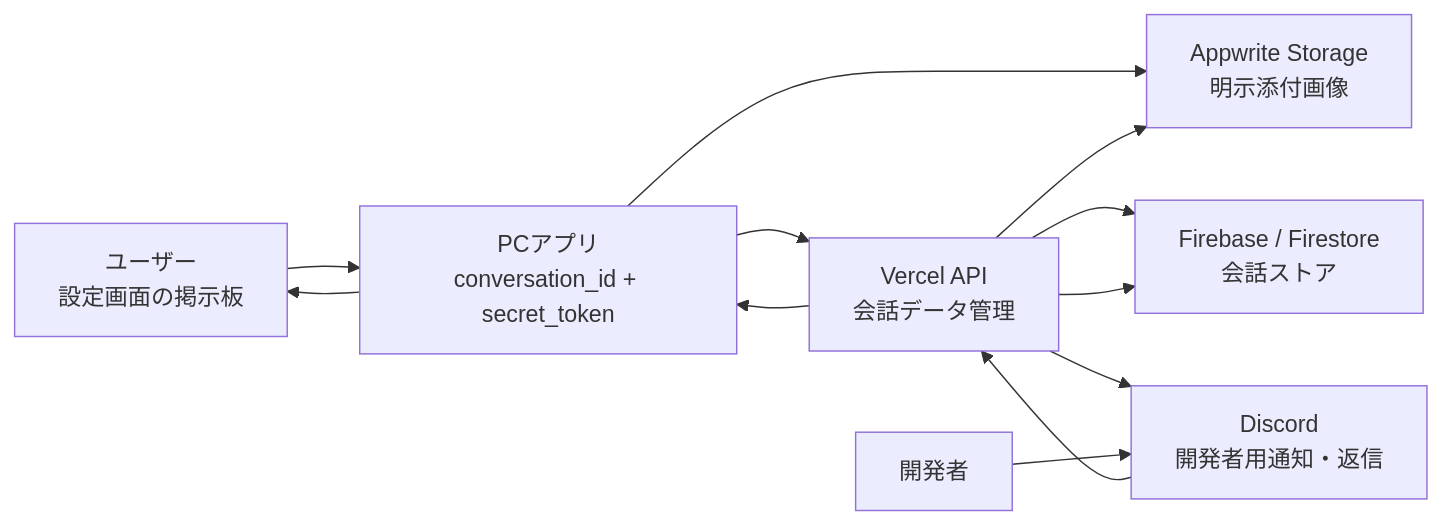
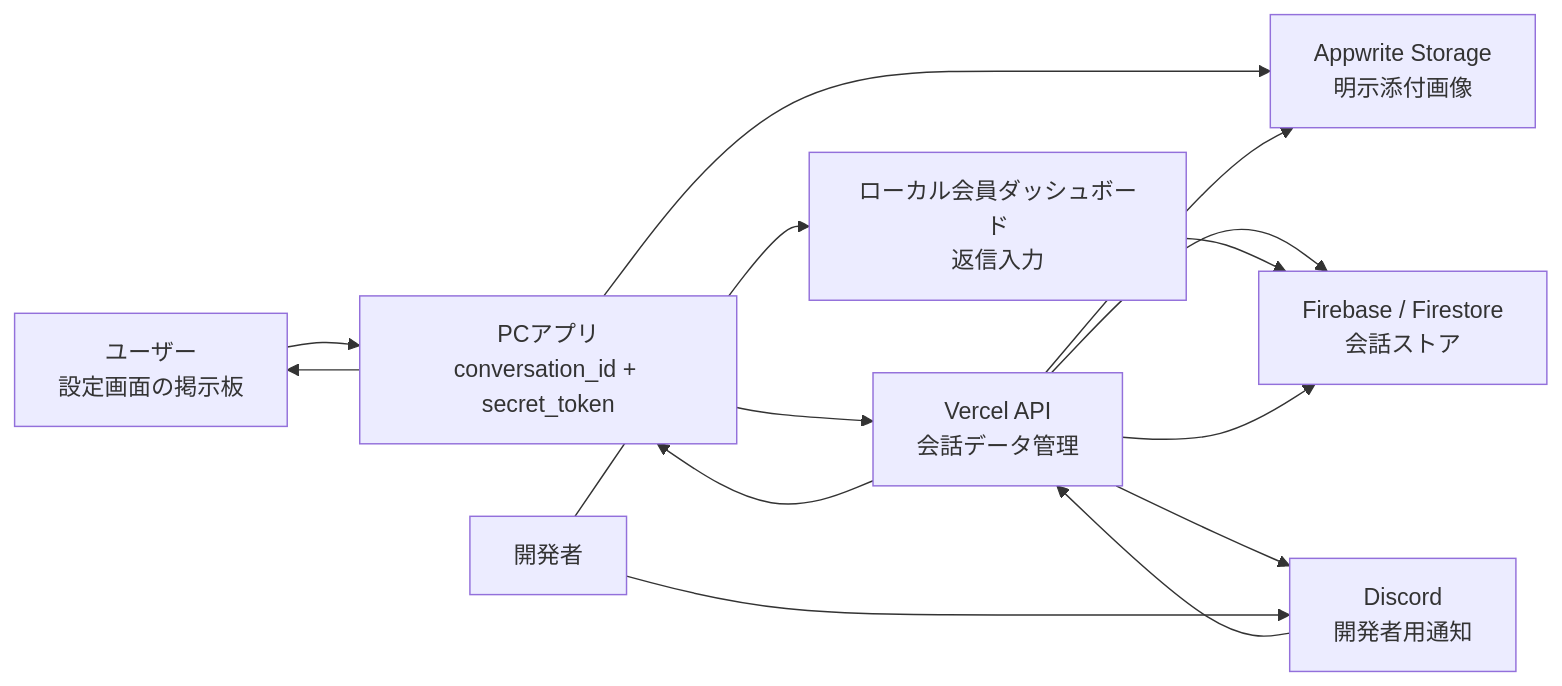
The first of 4 diagrams in docs-v2/007_COMMUNICATION.md (ore-no-fusen/ore-no-fusen), drawn with Mermaid before and after one commit. The commit also changed other lines of this file and 14 other files, not shown here.

````diff
--- a/docs-v2/007_COMMUNICATION.md
+++ b/docs-v2/007_COMMUNICATION.md
@@ -91,22 +91,25 @@
 ```mermaid
 flowchart LR
     User["ユーザー<br>設定画面の掲示板"]
     PC["PCアプリ<br>conversation_id + secret_token"]
     API["Vercel API<br>会話データ管理"]
     Firestore["Firebase / Firestore<br>会話ストア"]
     Storage["Appwrite Storage<br>明示添付画像"]
-    Discord["Discord<br>開発者用通知・返信"]
+    Discord["Discord<br>開発者用通知"]
+    Dash["ローカル会員ダッシュボード<br>返信入力"]
     Dev["開発者"]
 
     User --> PC
     PC --> API
     PC --> Storage
     API --> Storage
     API --> Firestore
     API --> Discord
+    Dev --> Dash
+    Dash --> Firestore
     Dev --> Discord
     Discord --> API
     API --> Firestore
     API --> PC
     PC --> User
 ```
````
